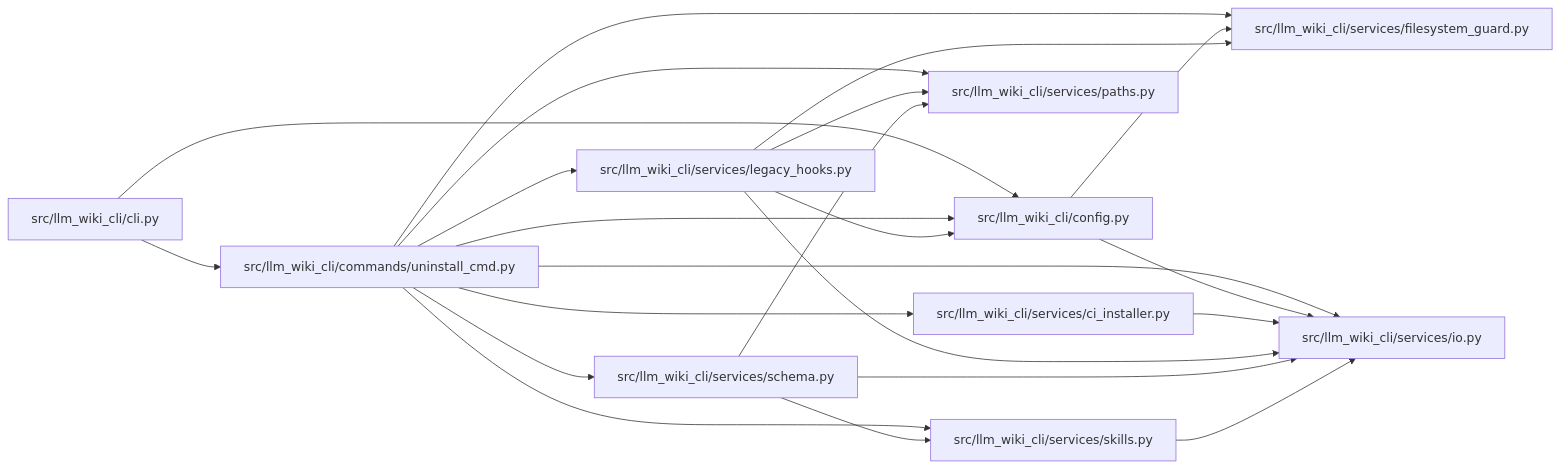
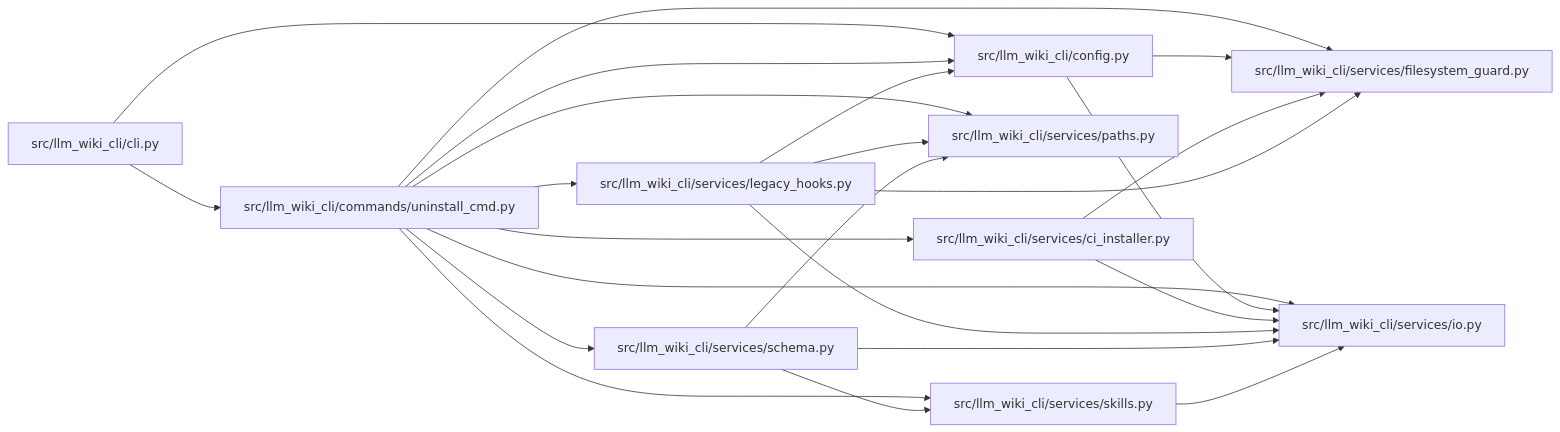
One commit to Denissvgn/python-wiki-llm changed the diagram in docs/llm_wiki/modules/uninstall_cmd.md. Above: the diagram before and after it, drawn with Mermaid. The commit also changed other lines of this file and 369 other files, not shown here.

````diff
--- a/docs/llm_wiki/modules/uninstall_cmd.md
+++ b/docs/llm_wiki/modules/uninstall_cmd.md
@@ -31,44 +31,45 @@
 ```mermaid
 flowchart LR
     n0["src/llm_wiki_cli/cli.py"]
     n1["src/llm_wiki_cli/commands/uninstall_cmd.py"]
     n2["src/llm_wiki_cli/config.py"]
     n3["src/llm_wiki_cli/services/ci_installer.py"]
     n4["src/llm_wiki_cli/services/filesystem_guard.py"]
     n5["src/llm_wiki_cli/services/io.py"]
     n6["src/llm_wiki_cli/services/legacy_hooks.py"]
     n7["src/llm_wiki_cli/services/paths.py"]
     n8["src/llm_wiki_cli/services/schema.py"]
     n9["src/llm_wiki_cli/services/skills.py"]
     n0 --> n1
     n0 --> n2
     n1 --> n2
     n1 --> n3
     n1 --> n4
     n1 --> n5
     n1 --> n6
     n1 --> n7
     n1 --> n8
     n1 --> n9
     n2 --> n4
     n2 --> n5
+    n3 --> n4
     n3 --> n5
     n6 --> n2
     n6 --> n4
     n6 --> n5
     n6 --> n7
     n8 --> n5
     n8 --> n7
     n8 --> n9
     n9 --> n5
     click n0 "../modules/cli.md"
     click n1 "../modules/uninstall_cmd.md"
     click n2 "../modules/config.md"
     click n3 "../modules/ci_installer.md"
     click n4 "../modules/filesystem_guard.md"
     click n5 "../modules/io.md"
     click n6 "../modules/legacy_hooks.md"
     click n7 "../modules/paths.md"
     click n8 "../modules/services_schema.md"
     click n9 "../modules/skills.md"
 ```
````
